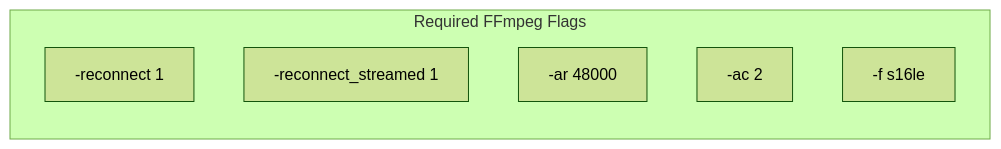
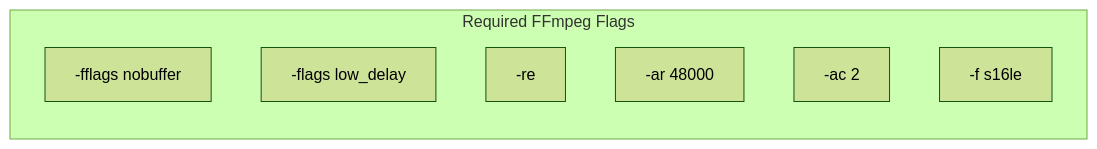
One commit to thewind121212/natashi changed diagram 11 of 13 in .claude/skills/topic-review/SKILL.md. Above: the diagram before and after it, drawn with Mermaid (forest theme). The commit also changed other lines of this file and 3 other files, not shown here.

````diff
--- a/.claude/skills/topic-review/SKILL.md
+++ b/.claude/skills/topic-review/SKILL.md
@@ -315,10 +293,11 @@
 ```mermaid
 flowchart LR
     subgraph FFmpeg["Required FFmpeg Flags"]
-        R1["-reconnect 1"]
-        R2["-reconnect_streamed 1"]
-        R3["-ar 48000"]
-        R4["-ac 2"]
-        R5["-f s16le"]
+        R1["-fflags nobuffer"]
+        R2["-flags low_delay"]
+        R3["-re"]
+        R4["-ar 48000"]
+        R5["-ac 2"]
+        R6["-f s16le"]
     end
 ```
````
